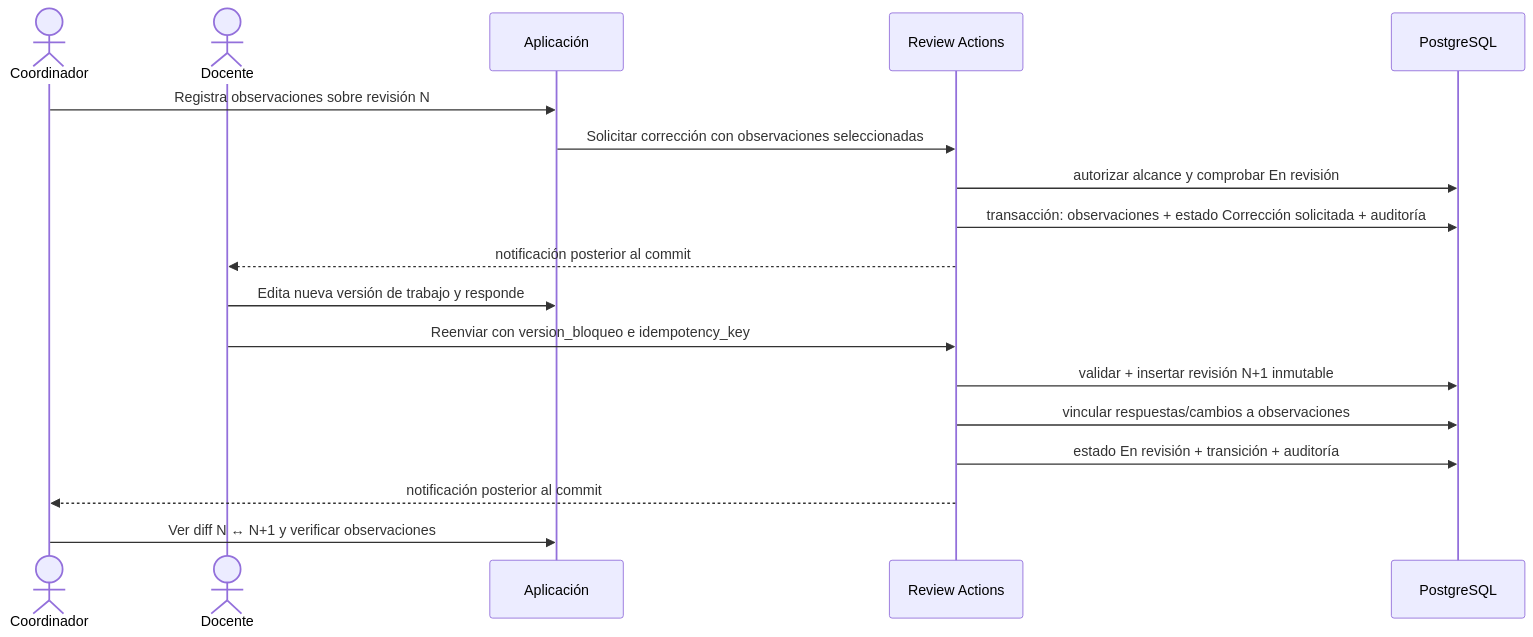
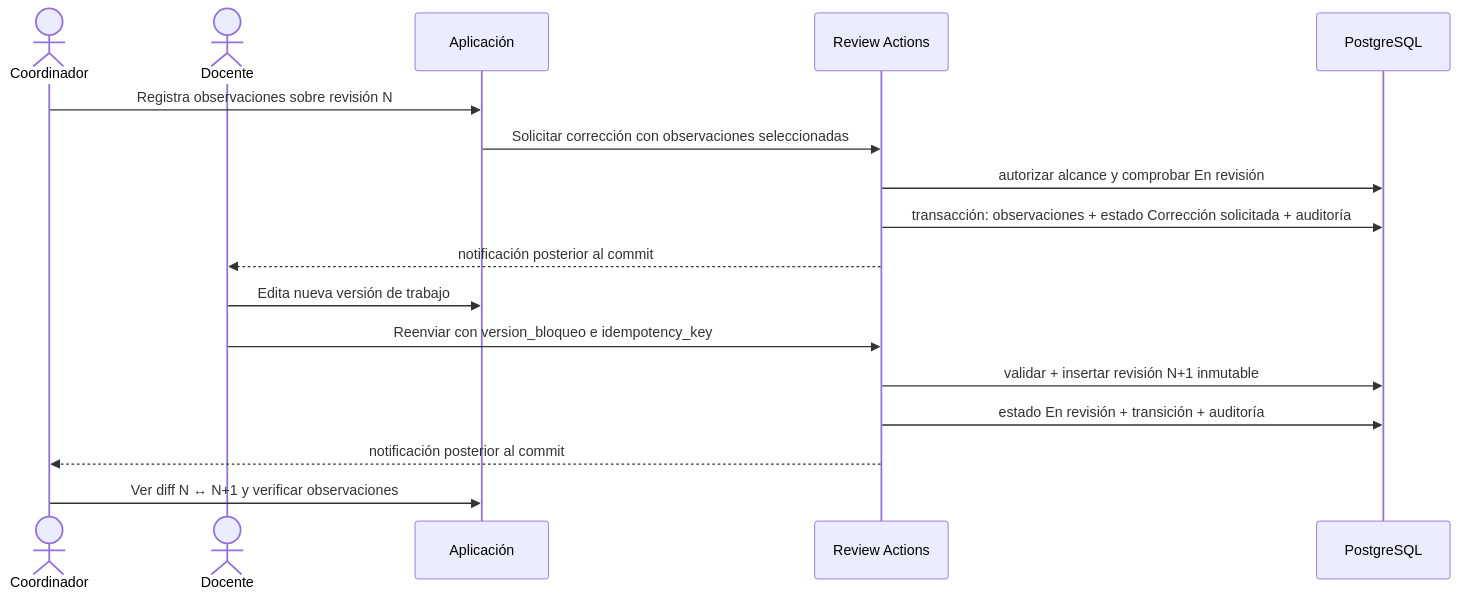
One commit to Giossue/proyecto-grado-silabos-backend changed the second of 6 diagrams in docs/architecture/sequences.md. Above: the diagram before and after it, drawn with Mermaid. The commit also changed 39 other files, not shown here.

````diff
--- a/docs/architecture/sequences.md
+++ b/docs/architecture/sequences.md
@@ -46,21 +46,20 @@
 ```mermaid
 sequenceDiagram
     actor Coo as Coordinador
     actor D as Docente
     participant UI as Aplicación
     participant R as Review Actions
     participant DB as PostgreSQL
 
     Coo->>UI: Registra observaciones sobre revisión N
     UI->>R: Solicitar corrección con observaciones seleccionadas
     R->>DB: autorizar alcance y comprobar En revisión
     R->>DB: transacción: observaciones + estado Corrección solicitada + auditoría
     R-->>D: notificación posterior al commit
-    D->>UI: Edita nueva versión de trabajo y responde
+    D->>UI: Edita nueva versión de trabajo
     D->>R: Reenviar con version_bloqueo e idempotency_key
     R->>DB: validar + insertar revisión N+1 inmutable
-    R->>DB: vincular respuestas/cambios a observaciones
     R->>DB: estado En revisión + transición + auditoría
     R-->>Coo: notificación posterior al commit
     Coo->>UI: Ver diff N ↔ N+1 y verificar observaciones
 ```
````
